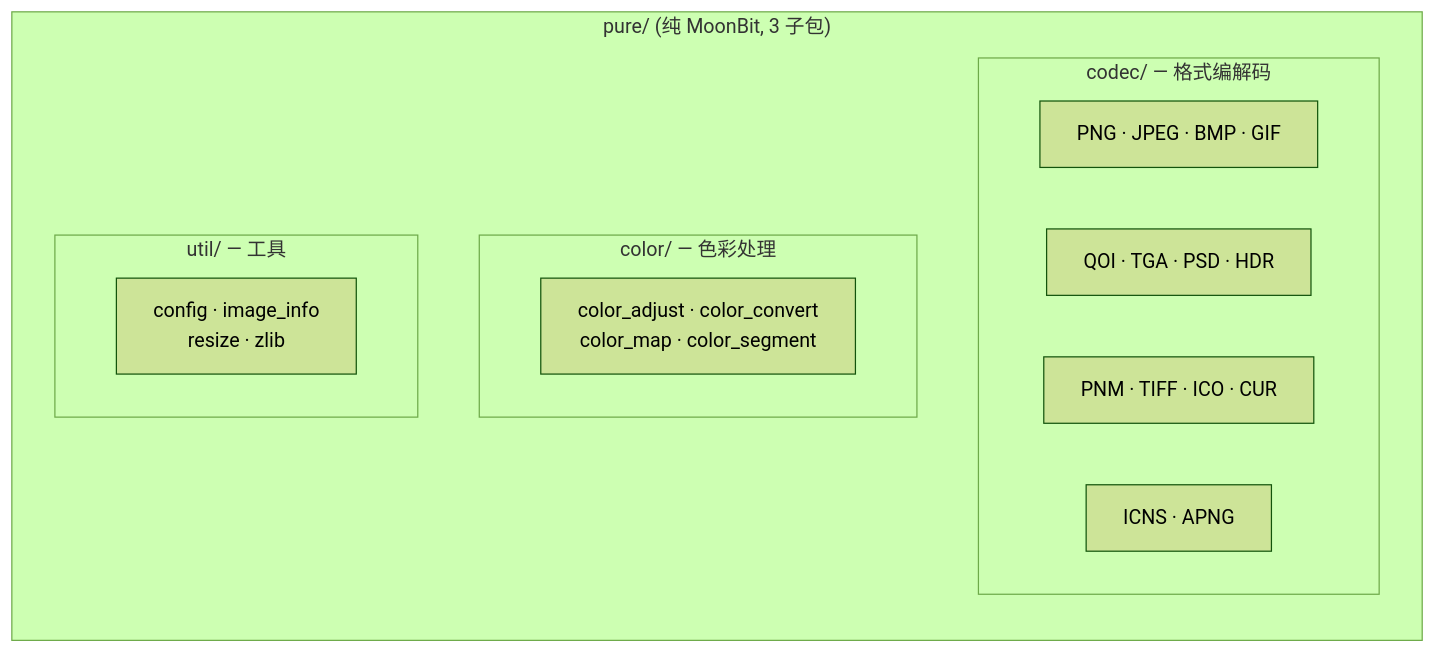
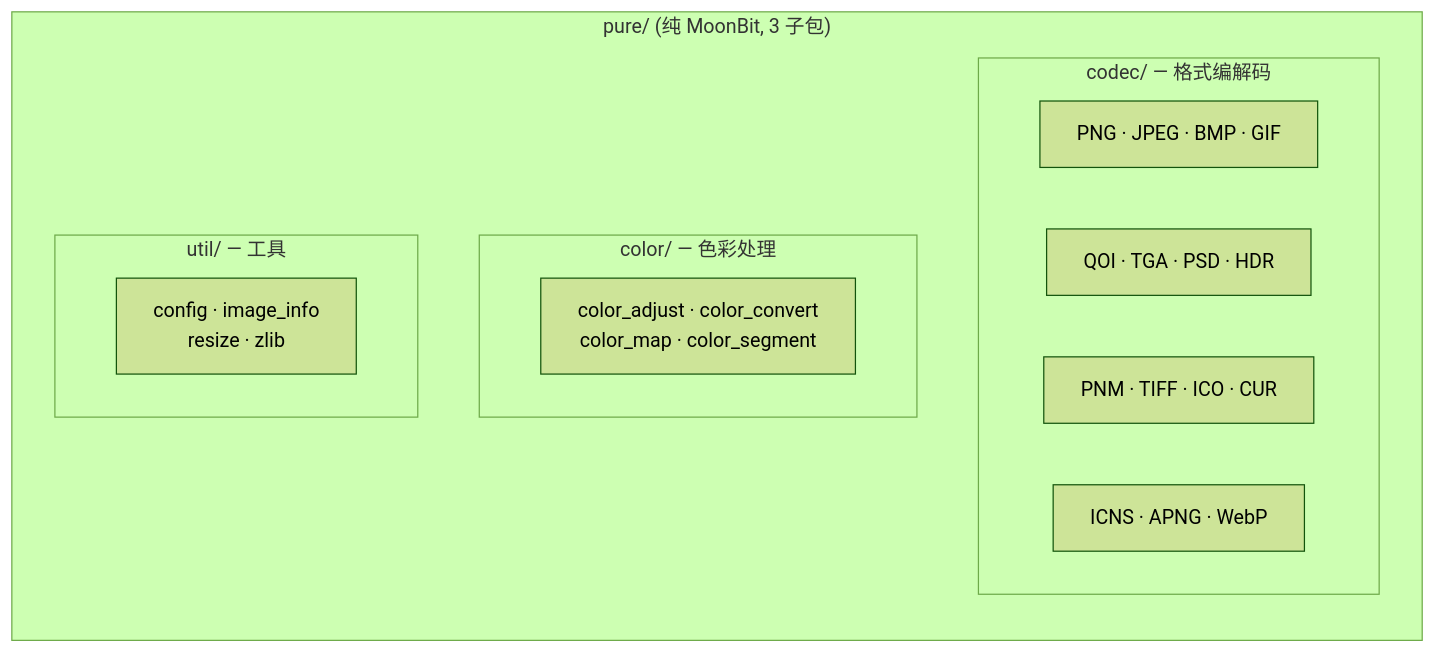
Before and after one commit to toadium/stb-image: the sixth of 14 diagrams in docs/architecture.md, drawn with Mermaid (forest theme). The commit also changed other lines of this file and 6 other files, not shown here.

````diff
--- a/docs/architecture.md
+++ b/docs/architecture.md
@@ -194,18 +194,18 @@
 ```mermaid
 flowchart TB
     subgraph PurePkg["pure/ (纯 MoonBit, 3 子包)"]
         direction TB
         subgraph CodecSub["codec/ — 格式编解码"]
             PC1["PNG · JPEG · BMP · GIF"]
             PC2["QOI · TGA · PSD · HDR"]
             PC3["PNM · TIFF · ICO · CUR"]
-            PC4["ICNS · APNG"]
+            PC4["ICNS · APNG · WebP"]
         end
         subgraph ColorSub["color/ — 色彩处理"]
             PC5["color_adjust · color_convert<br/>color_map · color_segment"]
         end
         subgraph UtilSub["util/ — 工具"]
             PC6["config · image_info<br/>resize · zlib"]
         end
     end
 ```
````
